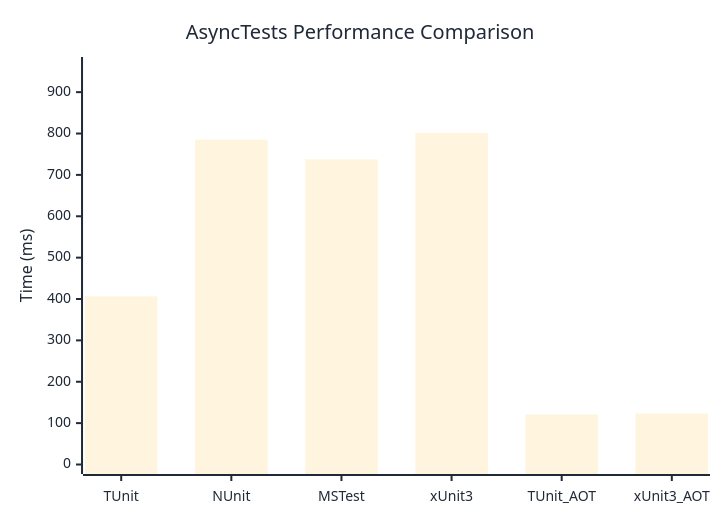
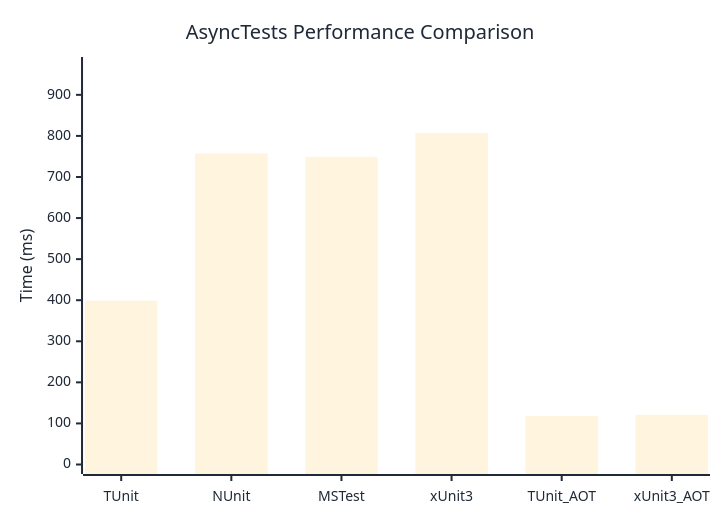
The diagram in docs/docs/benchmarks/engine/AsyncTests.md (thomhurst/TUnit), drawn with Mermaid before and after one commit. The commit also changed other lines of this file and 18 other files, not shown here.

````diff
--- a/docs/docs/benchmarks/engine/AsyncTests.md
+++ b/docs/docs/benchmarks/engine/AsyncTests.md
@@ -30,37 +30,37 @@
 ```mermaid
 %%{init: {
   'theme':'base',
   'themeVariables': {
     'primaryColor': '#2563eb',
     'primaryTextColor': '#1f2937',
     'primaryBorderColor': '#1e40af',
     'lineColor': '#6b7280',
     'secondaryColor': '#7c3aed',
     'tertiaryColor': '#dc2626',
     'background': '#ffffff',
     'mainBkg': '#2563eb',
     'secondBkg': '#7c3aed',
     'tertiaryBkg': '#dc2626',
     'clusterBkg': '#f3f4f6',
     'edgeLabelBackground': '#ffffff',
     'tertiaryTextColor': '#1f2937',
     'pie1': '#2563eb',
     'pie2': '#7c3aed',
     'pie3': '#dc2626',
     'pie4': '#f59e0b',
     'pie5': '#10b981',
     'pie6': '#06b6d4',
     'pie7': '#ec4899',
     'pie8': '#6366f1',
     'pie9': '#84cc16',
     'pie10': '#f97316',
     'pie11': '#14b8a6',
     'pie12': '#a855f7'
   }
 }}%%
 xychart-beta
   title "AsyncTests Performance Comparison"
   x-axis ["TUnit", "NUnit", "MSTest", "xUnit3", "TUnit_AOT", "xUnit3_AOT"]
-  y-axis "Time (ms)" 0 --> 962
-  bar [406.2, 785.1, 737.3, 801.1, 120.7, 123.2]
+  y-axis "Time (ms)" 0 --> 969
+  bar [398.9, 757.5, 749.2, 807, 118.1, 121]
 ```
````
